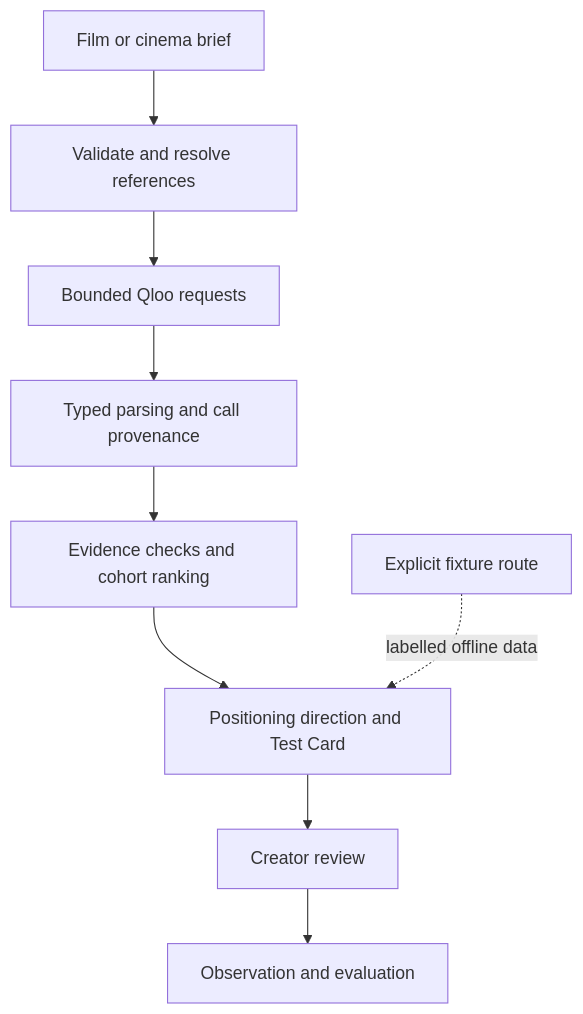
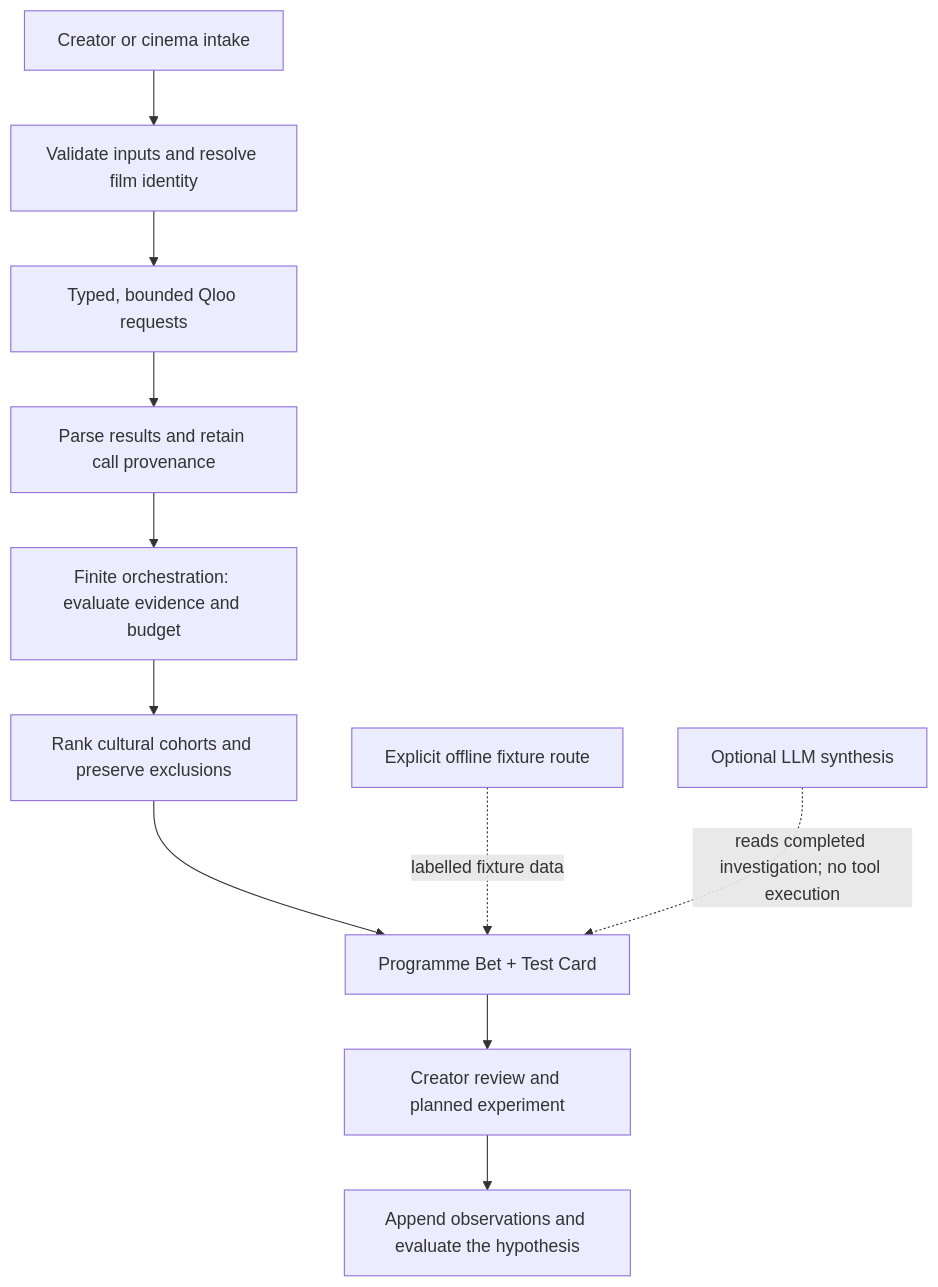
One commit to Sohamgaonkhadkar/adjacent-cinema changed the first of 2 diagrams in README.md. Above: the diagram before and after it, drawn with Mermaid. The commit also changed other lines of this file, not shown here.

````diff
--- a/README.md
+++ b/README.md
@@ -65,11 +168,14 @@
 ```mermaid
 flowchart TD
-    A["Film or cinema brief"] --> B["Validate and resolve references"]
-    B --> C["Bounded Qloo requests"]
-    C --> D["Typed parsing and call provenance"]
-    D --> E["Evidence checks and cohort ranking"]
-    E --> F["Positioning direction and Test Card"]
-    F --> G["Creator review"]
-    G --> H["Observation and evaluation"]
-    I["Explicit fixture route"] -. "labelled offline data" .-> F
+    A["Creator or cinema intake"] --> B["Validate inputs and resolve film identity"]
+    B --> C["Typed, bounded Qloo requests"]
+    C --> D["Parse results and retain call provenance"]
+    D --> E["Finite orchestration: evaluate evidence and budget"]
+    E --> F["Rank cultural cohorts and preserve exclusions"]
+    F --> G["Programme Bet + Test Card"]
+    G --> H["Creator review and planned experiment"]
+    H --> I["Append observations and evaluate the hypothesis"]
+
+    J["Explicit offline fixture route"] -.->|"labelled fixture data"| G
+    K["Optional LLM synthesis"] -.->|"reads completed investigation; no tool execution"| G
 ```
````
